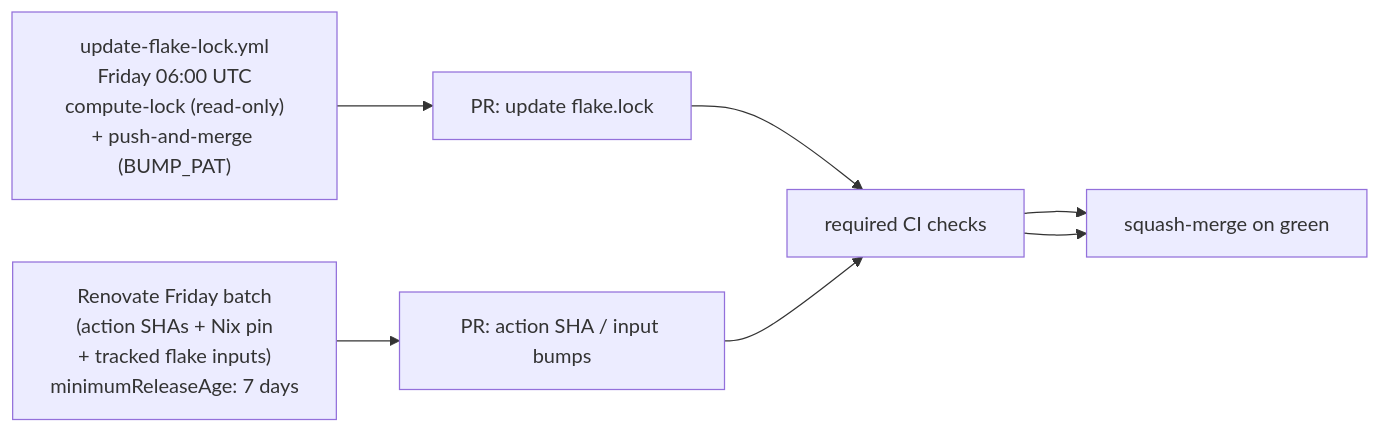
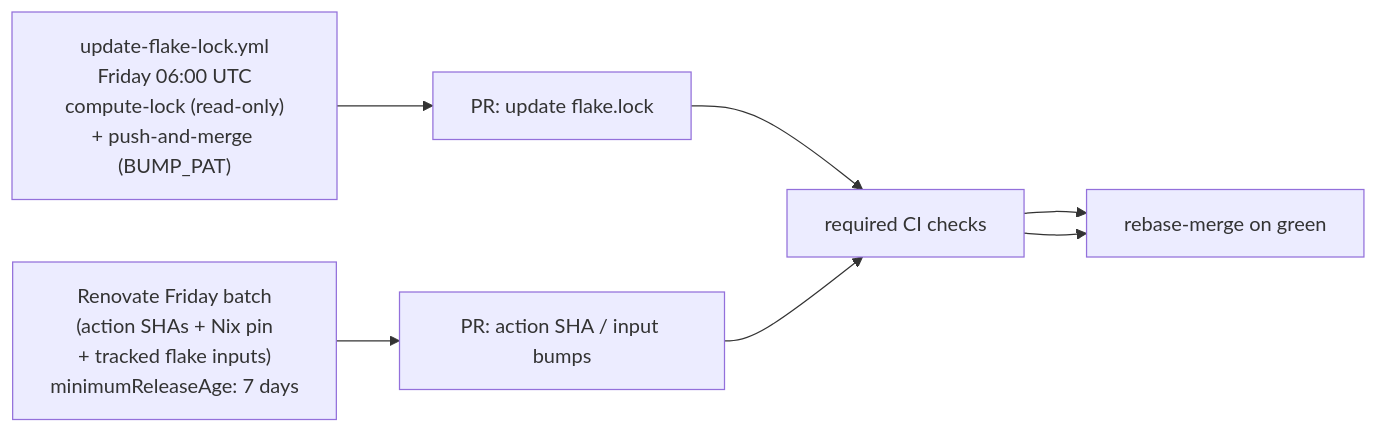
One commit to rvenutolo/linPEAS-flake changed the third of 3 diagrams in docs/architecture/auto-update.md. Above: the diagram before and after it, drawn with Mermaid. The commit also changed other lines of this file and 4 other files, not shown here.

````diff
--- a/docs/architecture/auto-update.md
+++ b/docs/architecture/auto-update.md
@@ -48,12 +48,12 @@
 ```mermaid
 flowchart LR
   flakelock["update-flake-lock.yml<br/>Friday 06:00 UTC<br/>compute-lock (read-only)<br/>+ push-and-merge (BUMP_PAT)"]
   renovate["Renovate Friday batch<br/>(action SHAs + Nix pin<br/>+ tracked flake inputs)<br/>minimumReleaseAge: 7 days"]
   pr1["PR: update flake.lock"]
   pr2["PR: action SHA / input bumps"]
   ci["required CI checks"]
-  merge["squash-merge on green"]
+  merge["rebase-merge on green"]
 
   flakelock --> pr1 --> ci --> merge
   renovate --> pr2 --> ci --> merge
 ```
````
